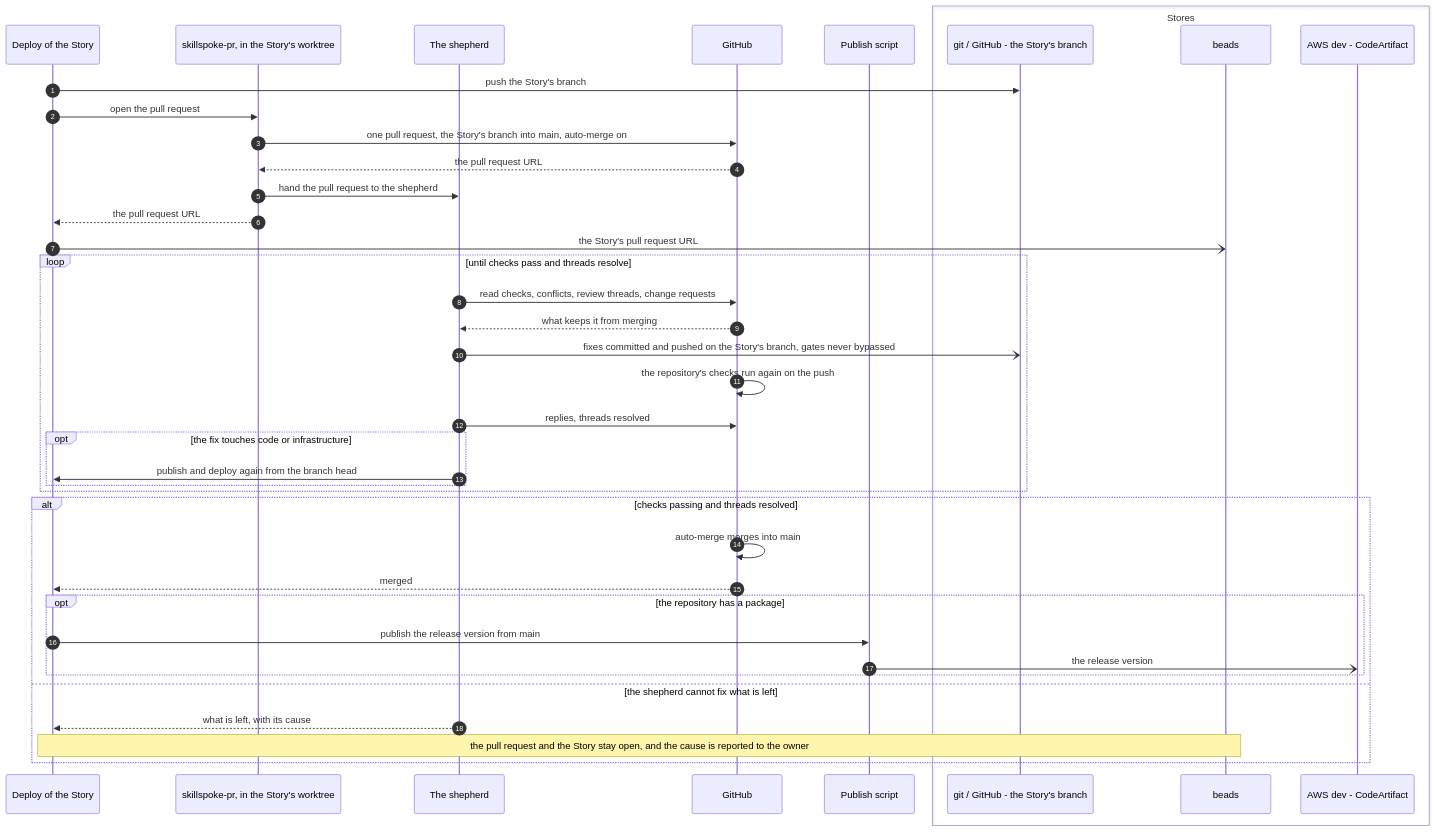
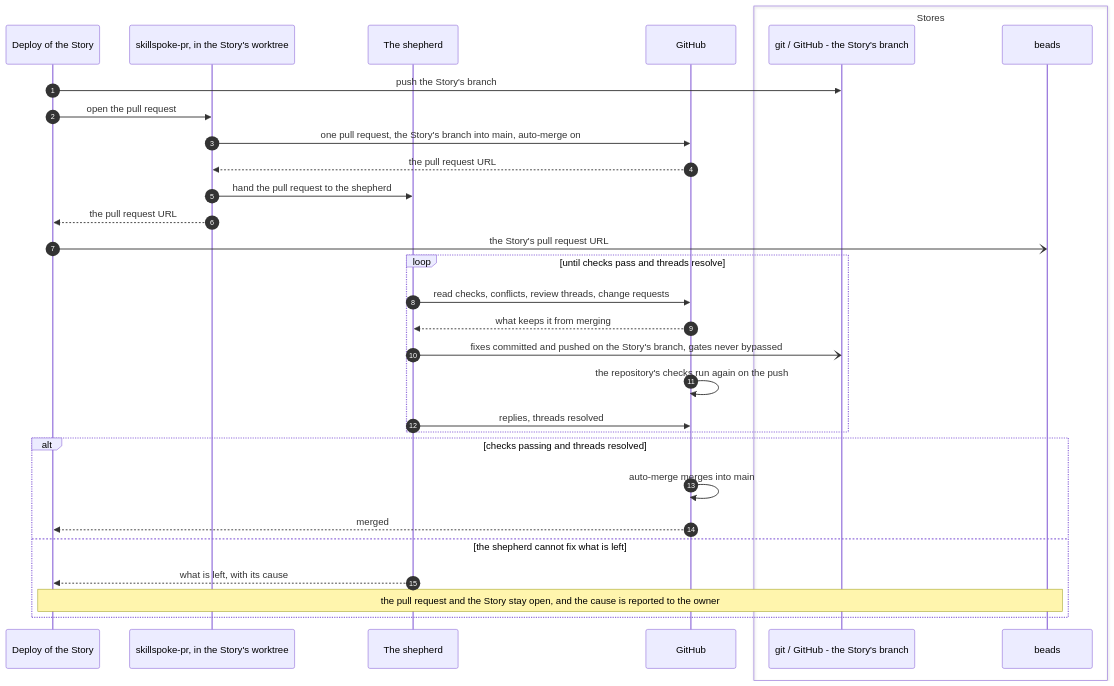
One commit to mark-satterfield/toolset changed the sixth of 9 diagrams in plugins/agent-teams-workforce/blueprint/design/pipelines-deploy.md. Above: the diagram before and after it, drawn with Mermaid. The commit also changed other lines of this file and 2 other files, not shown here.

First line of the commit message:
docs(agent-teams-workforce): describe the one publish the Story deploy runs

````diff
--- a/plugins/agent-teams-workforce/blueprint/design/pipelines-deploy.md
+++ b/plugins/agent-teams-workforce/blueprint/design/pipelines-deploy.md
@@ -419,43 +433,34 @@
 ```mermaid
 sequenceDiagram
     autonumber
     participant DW as Deploy of the Story
     participant PRC as skillspoke-pr, in the Story's worktree
     participant SH as The shepherd
     participant GH as GitHub
-    participant PUB as Publish script
     box Stores
         participant G as git / GitHub - the Story's branch
         participant BD as beads
-        participant AWS as AWS dev - CodeArtifact
     end
 
     DW->>G: push the Story's branch
     DW->>PRC: open the pull request
     PRC->>GH: one pull request, the Story's branch into main, auto-merge on
     GH-->>PRC: the pull request URL
     PRC->>SH: hand the pull request to the shepherd
     PRC-->>DW: the pull request URL
     DW-)BD: the Story's pull request URL
     loop until checks pass and threads resolve
         SH->>GH: read checks, conflicts, review threads, change requests
         GH-->>SH: what keeps it from merging
         SH-)G: fixes committed and pushed on the Story's branch, gates never bypassed
         GH->>GH: the repository's checks run again on the push
         SH->>GH: replies, threads resolved
-        opt the fix touches code or infrastructure
-            SH->>DW: publish and deploy again from the branch head
-        end
     end
     alt checks passing and threads resolved
         GH->>GH: auto-merge merges into main
         GH-->>DW: merged
-        opt the repository has a package
-            DW->>PUB: publish the release version from main
-            PUB-)AWS: the release version
-        end
     else the shepherd cannot fix what is left
         SH-->>DW: what is left, with its cause
         Note over DW,BD: the pull request and the Story stay open, and the cause is reported to the owner
     end
 ```
````
